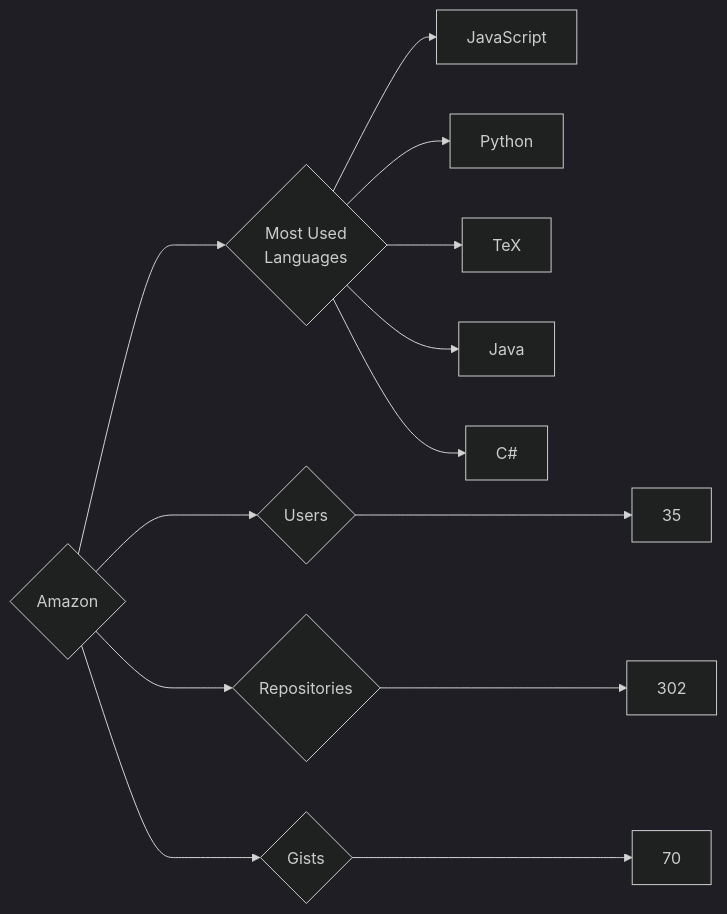
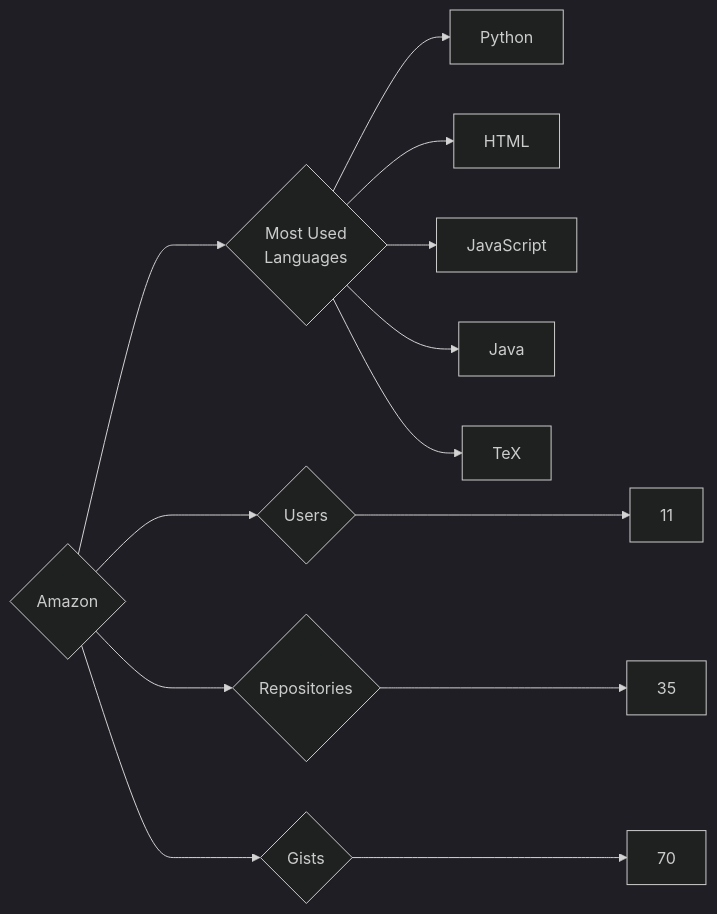
One commit to trickest/insiders changed the diagram in targets/Amazon/README.md. Above: the diagram before and after it, drawn with Mermaid (dark theme). The commit also changed 899 other files, not shown here.

````diff
--- a/targets/Amazon/README.md
+++ b/targets/Amazon/README.md
@@ -3,13 +3,13 @@
 ```mermaid
 graph LR
 COMPANY_NAME{Amazon}
-COMPANY_NAME ---> U{Users} ---> UN[35]
-COMPANY_NAME ---> R{Repositories} ---> RN[302]
+COMPANY_NAME ---> U{Users} ---> UN[11]
+COMPANY_NAME ---> R{Repositories} ---> RN[35]
 COMPANY_NAME ---> G{Gists} ---> GN[70]
 COMPANY_NAME ---> ML{Most Used<br>Languages}
+ML --> Python[Python]
+ML --> HTML[HTML]
 ML --> JavaScript[JavaScript]
-ML --> Python[Python]
+ML --> Java[Java]
 ML --> TeX[TeX]
-ML --> Java[Java]
-ML --> C#[C#]
 ```
````
